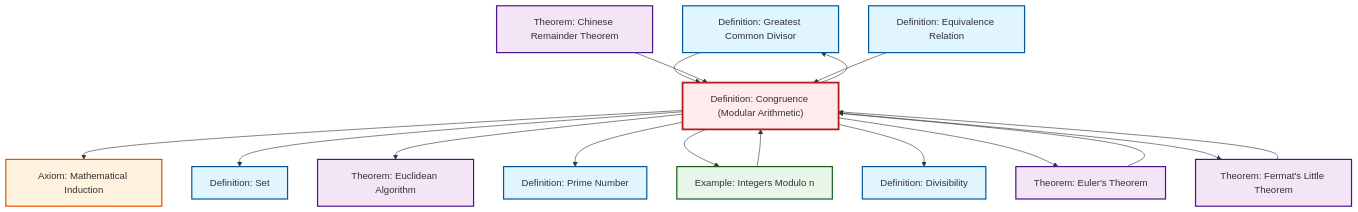
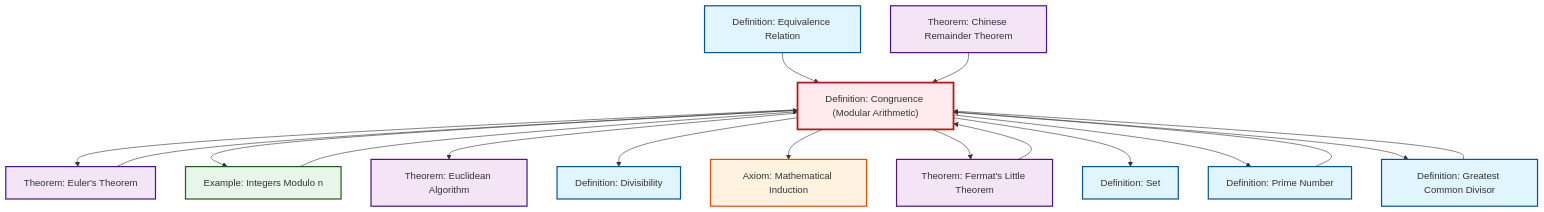
One commit to RK0429/ModernMath changed the diagram in content/en/number-theory/def-congruence.qmd. Above: the diagram before and after it, drawn with Mermaid. The commit also changed 654 other files, not shown here.

First line of the commit message:
fix: Update cross-references to equivalence relation in quotient ring definitions

````diff
--- a/content/en/number-theory/def-congruence.qmd
+++ b/content/en/number-theory/def-congruence.qmd
@@ -123,48 +123,49 @@
 ```{mermaid}
 %%| fig-cap: "Local dependency graph"
 graph TD
     classDef definition fill:#e1f5fe,stroke:#01579b,stroke-width:2px
     classDef theorem fill:#f3e5f5,stroke:#4a148c,stroke-width:2px
     classDef axiom fill:#fff3e0,stroke:#e65100,stroke-width:2px
     classDef example fill:#e8f5e9,stroke:#1b5e20,stroke-width:2px
     classDef current fill:#ffebee,stroke:#b71c1c,stroke-width:3px
+    thm-chinese-remainder["Theorem: Chinese Remainder Theorem"]:::theorem
+    def-set["Definition: Set"]:::definition
+    thm-fermat-little["Theorem: Fermat's Little Theorem"]:::theorem
+    thm-euclidean-algorithm["Theorem: Euclidean Algorithm"]:::theorem
     def-gcd["Definition: Greatest Common Divisor"]:::definition
+    def-divisibility["Definition: Divisibility"]:::definition
+    def-equivalence-relation["Definition: Equivalence Relation"]:::definition
     thm-euler["Theorem: Euler's Theorem"]:::theorem
-    thm-fermat-little["Theorem: Fermat's Little Theorem"]:::theorem
-    def-set["Definition: Set"]:::definition
+    ax-induction["Axiom: Mathematical Induction"]:::axiom
+    def-prime["Definition: Prime Number"]:::definition
     def-congruence["Definition: Congruence (Modular Arithmetic)"]:::definition
-    def-equivalence-relation["Definition: Equivalence Relation"]:::definition
-    def-divisibility["Definition: Divisibility"]:::definition
-    thm-chinese-remainder["Theorem: Chinese Remainder Theorem"]:::theorem
     ex-quotient-integers-mod-n["Example: Integers Modulo n"]:::example
-    def-prime["Definition: Prime Number"]:::definition
-    thm-euclidean-algorithm["Theorem: Euclidean Algorithm"]:::theorem
-    ax-induction["Axiom: Mathematical Induction"]:::axiom
+    def-congruence --> thm-euler
+    def-congruence --> ex-quotient-integers-mod-n
+    def-congruence --> thm-euclidean-algorithm
+    def-gcd --> def-congruence
+    ex-quotient-integers-mod-n --> def-congruence
+    def-equivalence-relation --> def-congruence
+    def-prime --> def-congruence
+    def-congruence --> def-divisibility
+    thm-euler --> def-congruence
     def-congruence --> ax-induction
-    ex-quotient-integers-mod-n --> def-congruence
-    def-gcd --> def-congruence
+    def-congruence --> thm-fermat-little
+    def-congruence --> def-set
+    def-congruence --> def-prime
+    def-congruence --> def-gcd
+    thm-fermat-little --> def-congruence
     thm-chinese-remainder --> def-congruence
-    def-congruence --> def-set
-    def-congruence --> thm-euclidean-algorithm
-    thm-euler --> def-congruence
-    thm-fermat-little --> def-congruence
-    def-congruence --> def-gcd
-    def-congruence --> def-prime
-    def-congruence --> ex-quotient-integers-mod-n
-    def-congruence --> def-divisibility
-    def-equivalence-relation --> def-congruence
-    def-congruence --> thm-euler
-    def-congruence --> thm-fermat-little
     class def-congruence current
+    click thm-chinese-remainder "thm-chinese-remainder.html" "Go to Chinese Remainder Theorem theorem"
+    click def-set "def-set.html" "Go to Set definition"
+    click thm-fermat-little "thm-fermat-little.html" "Go to Fermat's Little Theorem theorem"
+    click thm-euclidean-algorithm "thm-euclidean-algorithm.html" "Go to Euclidean Algorithm theorem"
     click def-gcd "def-gcd.html" "Go to Greatest Common Divisor definition"
+    click def-divisibility "def-divisibility.html" "Go to Divisibility definition"
+    click def-equivalence-relation "def-equivalence-relation.html" "Go to Equivalence Relation definition"
     click thm-euler "thm-euler.html" "Go to Euler's Theorem theorem"
-    click thm-fermat-little "thm-fermat-little.html" "Go to Fermat's Little Theorem theorem"
-    click def-set "def-set.html" "Go to Set definition"
-    click def-equivalence-relation "def-equivalence-relation.html" "Go to Equivalence Relation definition"
-    click def-divisibility "def-divisibility.html" "Go to Divisibility definition"
-    click thm-chinese-remainder "thm-chinese-remainder.html" "Go to Chinese Remainder Theorem theorem"
+    click ax-induction "ax-induction.html" "Go to Mathematical Induction axiom"
+    click def-prime "def-prime.html" "Go to Prime Number definition"
     click ex-quotient-integers-mod-n "ex-quotient-integers-mod-n.html" "Go to Integers Modulo n example"
-    click def-prime "def-prime.html" "Go to Prime Number definition"
-    click thm-euclidean-algorithm "thm-euclidean-algorithm.html" "Go to Euclidean Algorithm theorem"
-    click ax-induction "ax-induction.html" "Go to Mathematical Induction axiom"
 ```
````
